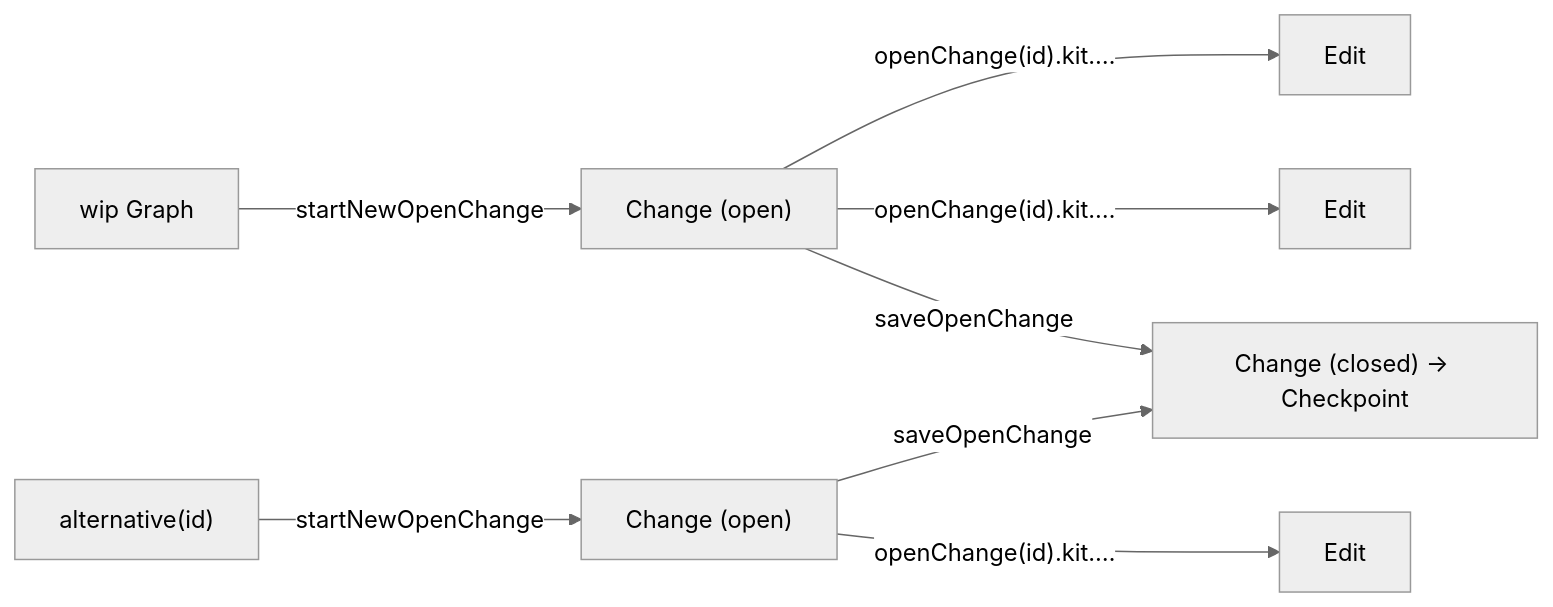
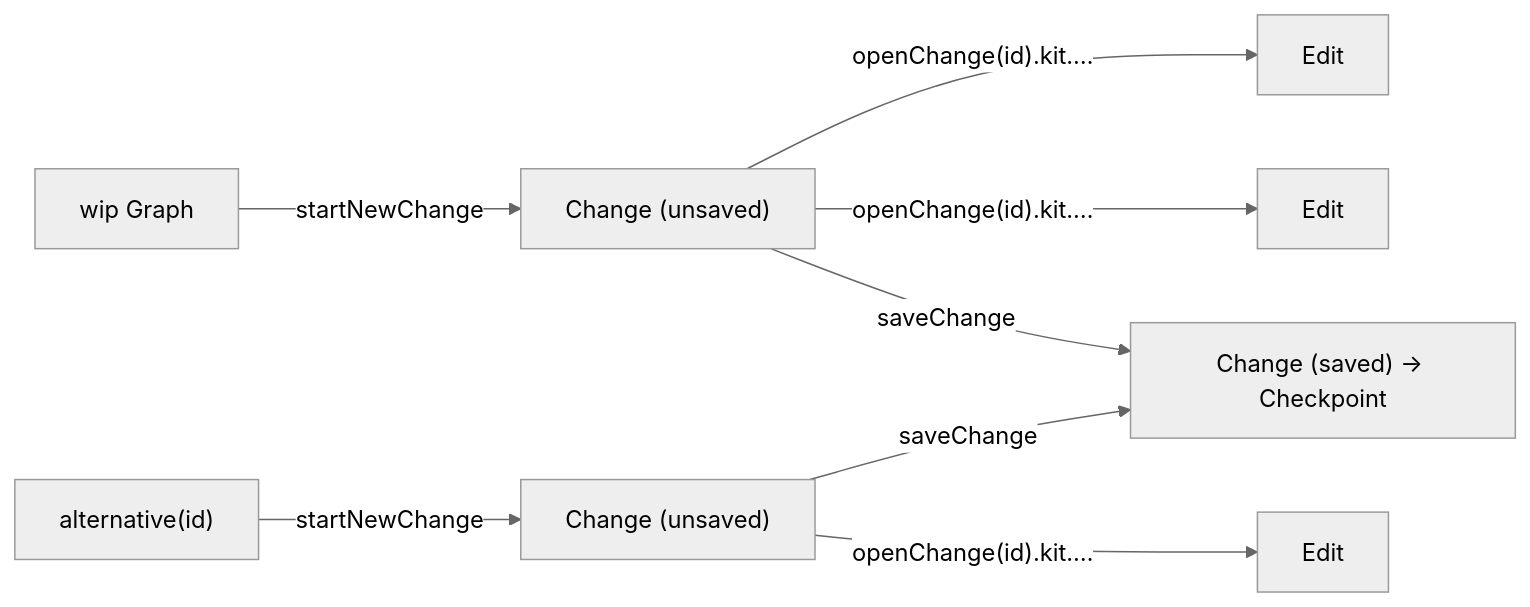
One commit to usalu/semio changed the second of 2 diagrams in .cursor/plans/target_schema_refactor_dd14c738.plan.md. Above: the diagram before and after it, drawn with Mermaid (neutral theme). The commit also changed other lines of this file and 1 other file, not shown here.

````diff
--- a/.cursor/plans/target_schema_refactor_dd14c738.plan.md
+++ b/.cursor/plans/target_schema_refactor_dd14c738.plan.md
@@ -107,10 +163,10 @@
 ```mermaid
 flowchart LR
-    wip["wip Graph"] -->|"startNewOpenChange"| openA["Change (open)"]
-    altScope["alternative(id)"] -->|"startNewOpenChange"| openB["Change (open)"]
+    wip["wip Graph"] -->|"startNewChange"| openA["Change (unsaved)"]
+    altScope["alternative(id)"] -->|"startNewChange"| openB["Change (unsaved)"]
     openA -->|"openChange(id).kit.…"| edit1["Edit"]
     openA -->|"openChange(id).kit.…"| edit2["Edit"]
     openB -->|"openChange(id).kit.…"| edit3["Edit"]
-    openA -->|"saveOpenChange"| saved["Change (closed) → Checkpoint"]
-    openB -->|"saveOpenChange"| saved
+    openA -->|"saveChange"| saved["Change (saved) → Checkpoint"]
+    openB -->|"saveChange"| saved
 ```
````
